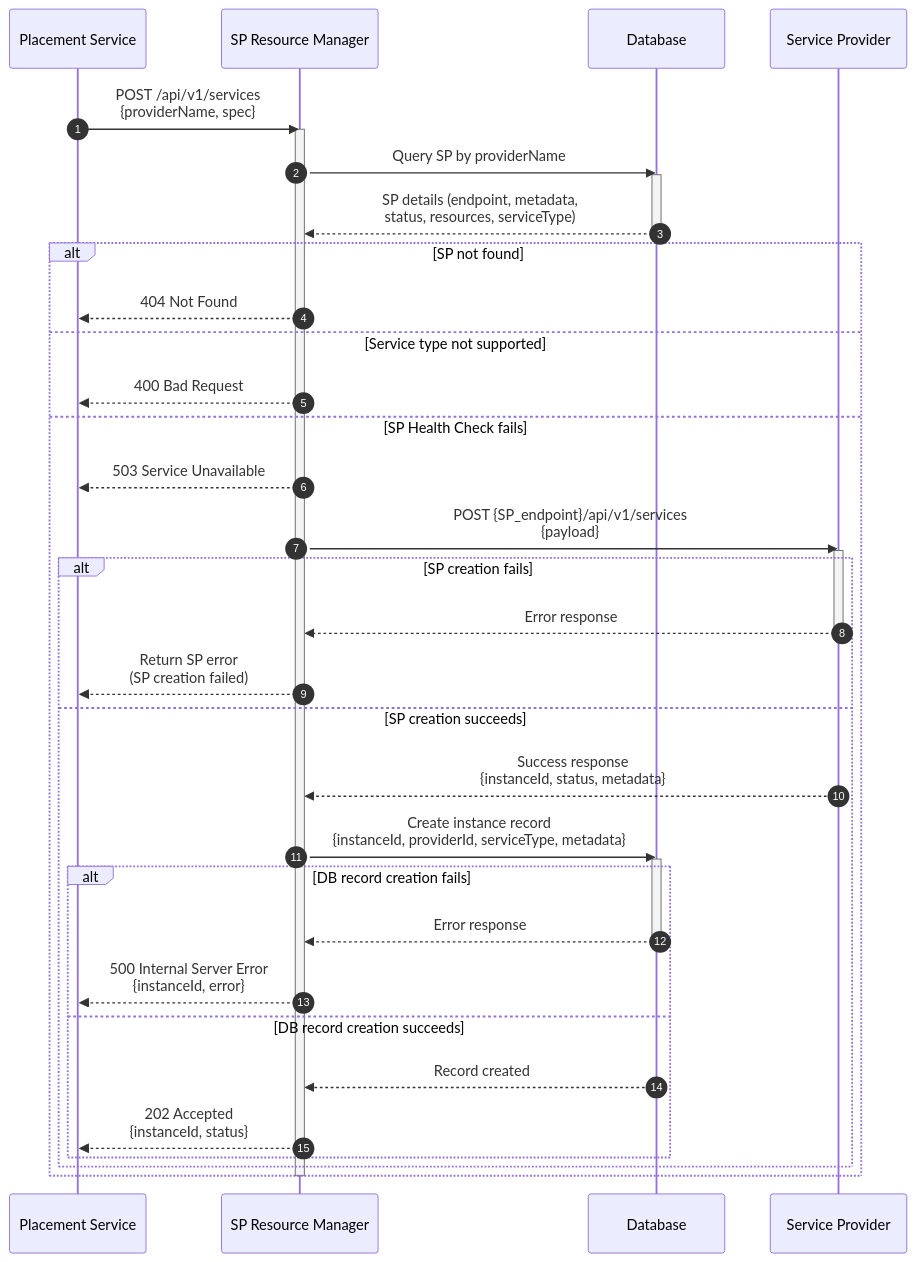
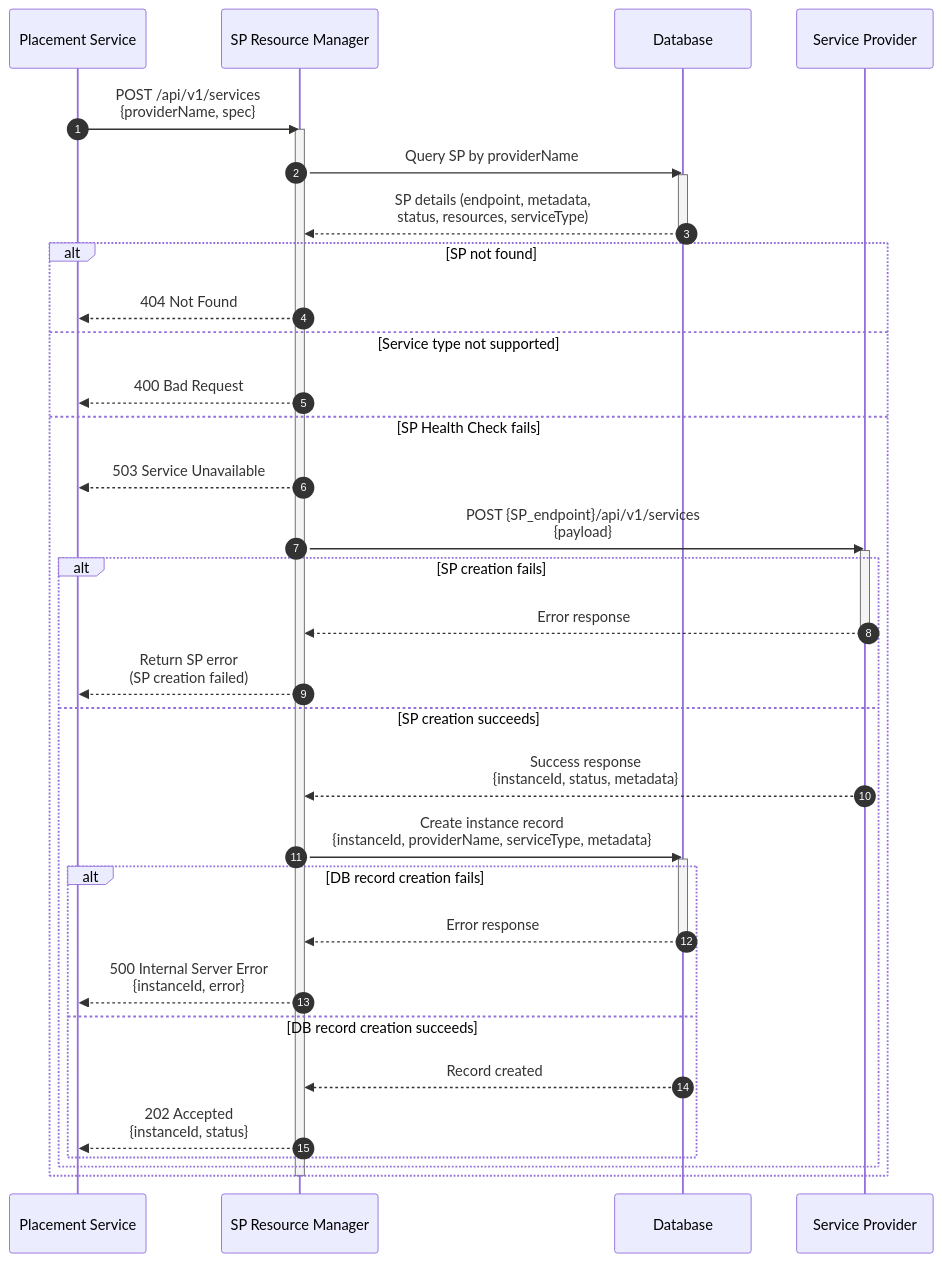
One commit to dcm-project/enhancements changed the diagram in enhancements/sp-resource-manager/sp-resource-manager.md. Above: the diagram before and after it, drawn with Mermaid. The commit also changed other lines of this file, not shown here.

Commit message:
update providerId to providerName

````diff
--- a/enhancements/sp-resource-manager/sp-resource-manager.md
+++ b/enhancements/sp-resource-manager/sp-resource-manager.md
@@ -162,49 +162,49 @@
 ```mermaid
 sequenceDiagram
     autonumber
     participant PS as Placement Service
     participant SPRM as SP Resource Manager
     participant DB as Database
     participant SP as Service Provider
 
     PS->>SPRM: POST /api/v1/services<br/>{providerName, spec}
     activate SPRM
 
 
     SPRM->>DB: Query SP by providerName
     activate DB
     DB-->>SPRM: SP details (endpoint, metadata,<br/>status, resources, serviceType)
     deactivate DB
 
     alt SP not found
         SPRM-->>PS: 404 Not Found
     else Service type not supported
         SPRM-->>PS: 400 Bad Request
     else SP Health Check fails
         SPRM-->>PS: 503 Service Unavailable       
 
         SPRM->>SP: POST {SP_endpoint}/api/v1/services<br/>{payload}
         activate SP
 
         alt SP creation fails
             SP-->>SPRM: Error response
             deactivate SP
             SPRM-->>PS: Return SP error<br/>(SP creation failed)
         else SP creation succeeds
             SP-->>SPRM: Success response<br/>{instanceId, status, metadata}
-            SPRM->>DB: Create instance record<br/>{instanceId, providerId, serviceType, metadata}
+            SPRM->>DB: Create instance record<br/>{instanceId, providerName, serviceType, metadata}
             activate DB
             
             alt DB record creation fails
                 DB-->>SPRM: Error response
                 deactivate DB
                 SPRM-->>PS: 500 Internal Server Error<br/>{instanceId, error}
             
             else DB record creation succeeds
                 DB-->>SPRM: Record created
                 SPRM-->>PS: 202 Accepted<br/>{instanceId, status}
             end
         end
     end
     deactivate SPRM
 ```
````
